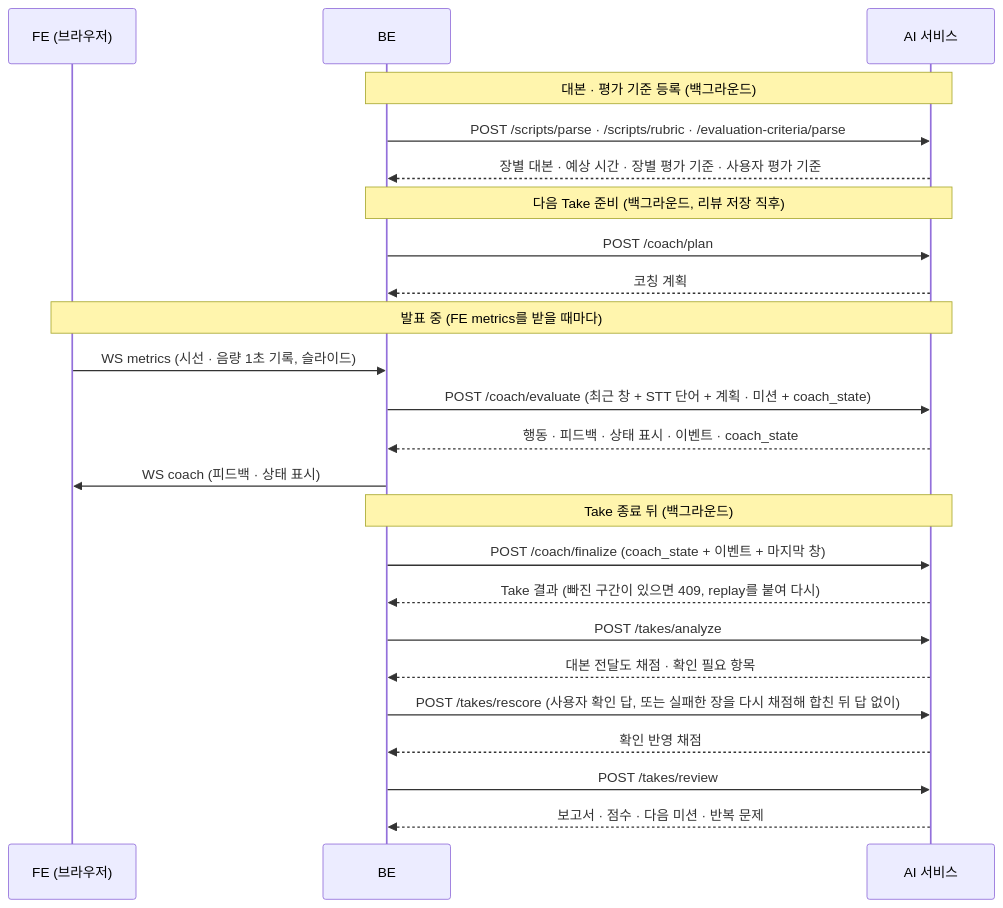
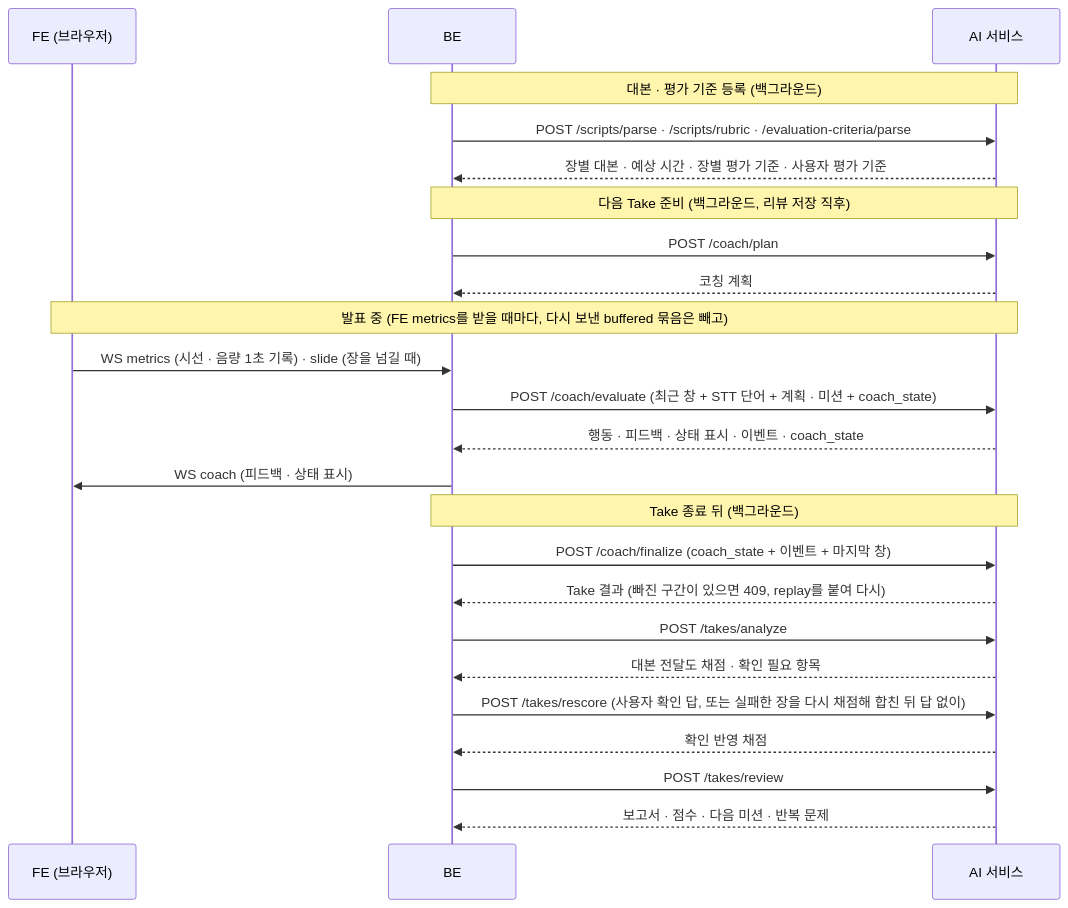
One commit to kakaotechcampus-4/ktc4-pusan-2 changed the second of 2 diagrams in docs/ai/architecture.md. Above: the diagram before and after it, drawn with Mermaid. The commit also changed other lines of this file, not shown here.

````diff
--- a/docs/ai/architecture.md
+++ b/docs/ai/architecture.md
@@ -160,26 +171,26 @@
 ```mermaid
 sequenceDiagram
     participant FE as FE (브라우저)
     participant BE as BE
     participant AI as AI 서비스
     Note over BE,AI: 대본 · 평가 기준 등록 (백그라운드)
     BE->>AI: POST /scripts/parse · /scripts/rubric · /evaluation-criteria/parse
     AI-->>BE: 장별 대본 · 예상 시간 · 장별 평가 기준 · 사용자 평가 기준
     Note over BE,AI: 다음 Take 준비 (백그라운드, 리뷰 저장 직후)
     BE->>AI: POST /coach/plan
     AI-->>BE: 코칭 계획
-    Note over FE,AI: 발표 중 (FE metrics를 받을 때마다)
-    FE->>BE: WS metrics (시선 · 음량 1초 기록, 슬라이드)
+    Note over FE,AI: 발표 중 (FE metrics를 받을 때마다, 다시 보낸 buffered 묶음은 빼고)
+    FE->>BE: WS metrics (시선 · 음량 1초 기록) · slide (장을 넘길 때)
     BE->>AI: POST /coach/evaluate (최근 창 + STT 단어 + 계획 · 미션 + coach_state)
     AI-->>BE: 행동 · 피드백 · 상태 표시 · 이벤트 · coach_state
     BE->>FE: WS coach (피드백 · 상태 표시)
     Note over BE,AI: Take 종료 뒤 (백그라운드)
     BE->>AI: POST /coach/finalize (coach_state + 이벤트 + 마지막 창)
     AI-->>BE: Take 결과 (빠진 구간이 있으면 409, replay를 붙여 다시)
     BE->>AI: POST /takes/analyze
     AI-->>BE: 대본 전달도 채점 · 확인 필요 항목
     BE->>AI: POST /takes/rescore (사용자 확인 답, 또는 실패한 장을 다시 채점해 합친 뒤 답 없이)
     AI-->>BE: 확인 반영 채점
     BE->>AI: POST /takes/review
     AI-->>BE: 보고서 · 점수 · 다음 미션 · 반복 문제
 ```
````
